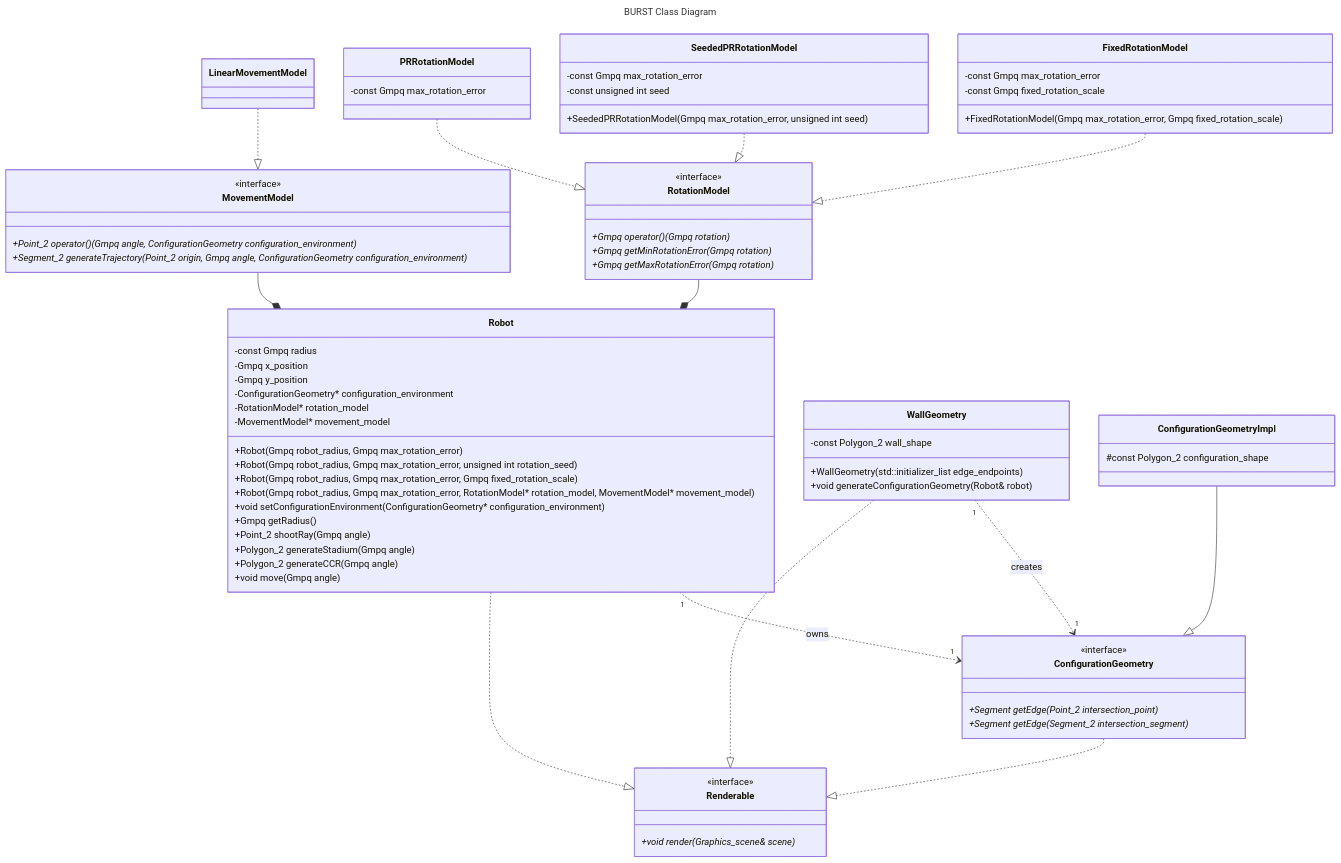
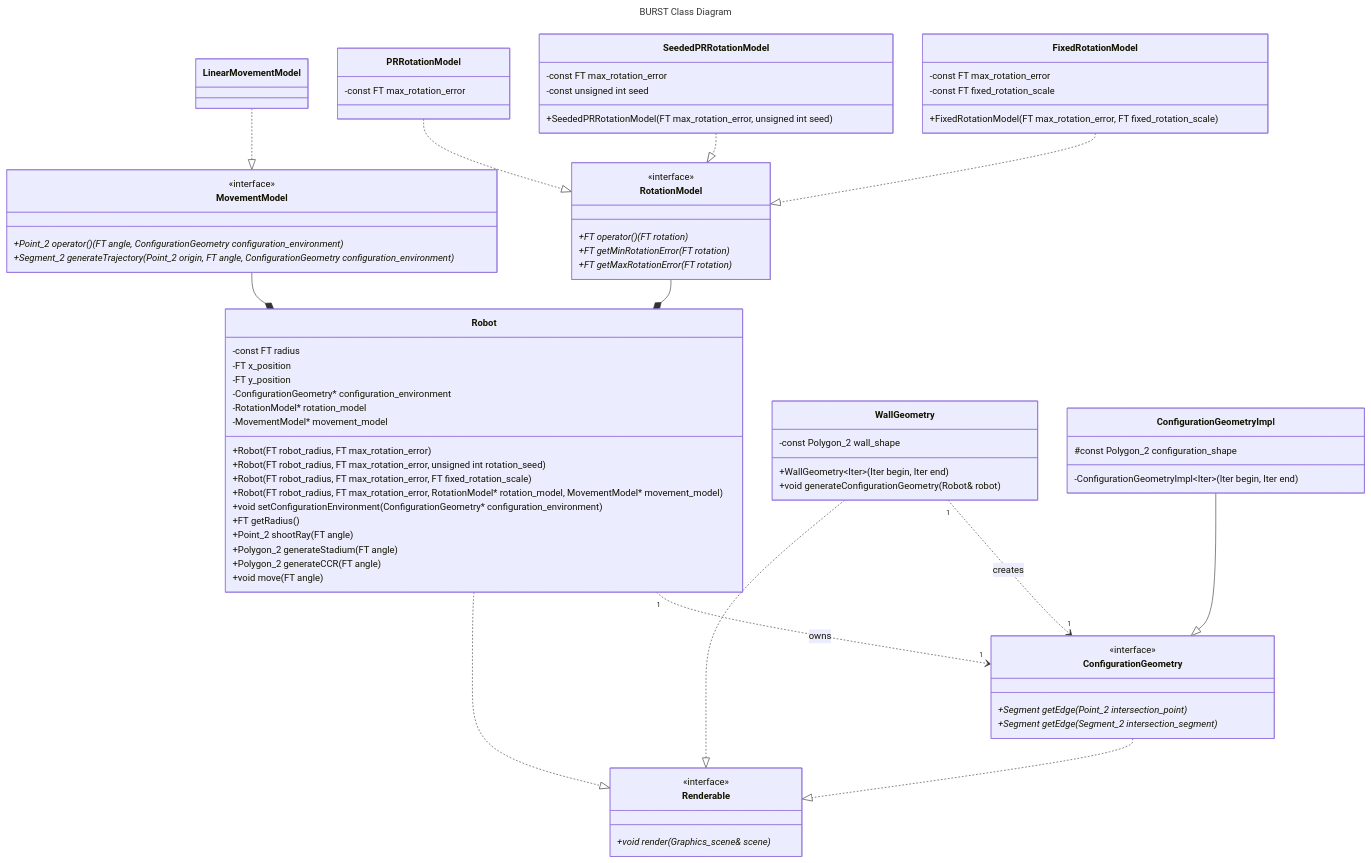
Before and after one commit to KedarPanchal/DAIR-BURST: the diagram in docs/DESIGN.md, drawn with Mermaid. The commit also changed 4 other files, not shown here.

Commit message:
Finish Configuration Geometry generation code

````diff
--- a/docs/DESIGN.md
+++ b/docs/DESIGN.md
@@ -20,35 +20,35 @@
 classDiagram
     direction TD
     class RotationModel {
-        +Gmpq operator() (Gmpq rotation)*
-        +Gmpq getMinRotationError(Gmpq rotation)*
-        +Gmpq getMaxRotationError(Gmpq rotation)*
+        +FT operator() (FT rotation)*
+        +FT getMinRotationError(FT rotation)*
+        +FT getMaxRotationError(FT rotation)*
     }
     <<interface>> RotationModel
     
     class PRRotationModel {
-        -const Gmpq max_rotation_error
+        -const FT max_rotation_error
     }
     PRRotationModel ..|> RotationModel
 
     class SeededPRRotationModel {
-        -const Gmpq max_rotation_error
+        -const FT max_rotation_error
         -const unsigned int seed
 
-        +SeededPRRotationModel(Gmpq max_rotation_error, unsigned int seed)
+        +SeededPRRotationModel(FT max_rotation_error, unsigned int seed)
     }
     SeededPRRotationModel ..|> RotationModel
 
     class FixedRotationModel {
-        -const Gmpq max_rotation_error
-        -const Gmpq fixed_rotation_scale
-        +FixedRotationModel(Gmpq max_rotation_error, Gmpq fixed_rotation_scale)
+        -const FT max_rotation_error
+        -const FT fixed_rotation_scale
+        +FixedRotationModel(FT max_rotation_error, FT fixed_rotation_scale)
     }
     FixedRotationModel ..|> RotationModel
 
     class MovementModel {
-        +Point_2 operator() (Gmpq angle, ConfigurationGeometry configuration_environment)*
-        +Segment_2 generateTrajectory(Point_2 origin, Gmpq angle, ConfigurationGeometry configuration_environment)*
+        +Point_2 operator() (FT angle, ConfigurationGeometry configuration_environment)*
+        +Segment_2 generateTrajectory(Point_2 origin, FT angle, ConfigurationGeometry configuration_environment)*
     }
     <<interface>> MovementModel
 
@@ -61,23 +61,23 @@
     <<interface>> Renderable
 
     class Robot {
-        -const Gmpq radius
-        -Gmpq x_position
-        -Gmpq y_position
+        -const FT radius
+        -FT x_position
+        -FT y_position
         -ConfigurationGeometry* configuration_environment
         -RotationModel* rotation_model
         -MovementModel* movement_model
 
-        +Robot(Gmpq robot_radius, Gmpq max_rotation_error)
-        +Robot(Gmpq robot_radius, Gmpq max_rotation_error, unsigned int rotation_seed)
-        +Robot(Gmpq robot_radius, Gmpq max_rotation_error, Gmpq fixed_rotation_scale)
-        +Robot(Gmpq robot_radius, Gmpq max_rotation_error, RotationModel* rotation_model, MovementModel* movement_model)
+        +Robot(FT robot_radius, FT max_rotation_error)
+        +Robot(FT robot_radius, FT max_rotation_error, unsigned int rotation_seed)
+        +Robot(FT robot_radius, FT max_rotation_error, FT fixed_rotation_scale)
+        +Robot(FT robot_radius, FT max_rotation_error, RotationModel* rotation_model, MovementModel* movement_model)
         +void setConfigurationEnvironment(ConfigurationGeometry* configuration_environment)
-        +Gmpq getRadius()
-        +Point_2 shootRay(Gmpq angle)
-        +Polygon_2 generateStadium(Gmpq angle)
-        +Polygon_2 generateCCR(Gmpq angle)
-        +void move(Gmpq angle)
+        +FT getRadius()
+        +Point_2 shootRay(FT angle)
+        +Polygon_2 generateStadium(FT angle)
+        +Polygon_2 generateCCR(FT angle)
+        +void move(FT angle)
     }
     Robot ..|> Renderable
     MovementModel --* Robot
@@ -86,7 +86,7 @@
     class WallGeometry {
         -const Polygon_2 wall_shape
 
-        +WallGeometry(std::initializer_list<Point_2> edge_endpoints)
+        +WallGeometry~Iter~(Iter begin, Iter end)
         +void generateConfigurationGeometry(Robot& robot)
     }
     WallGeometry ..|> Renderable
@@ -102,6 +102,7 @@
 
     class ConfigurationGeometryImpl {
         #const Polygon_2 configuration_shape
+        -ConfigurationGeometryImpl~Iter~(Iter begin, Iter end)
     }
     ConfigurationGeometryImpl --|> ConfigurationGeometry
 ```
````
